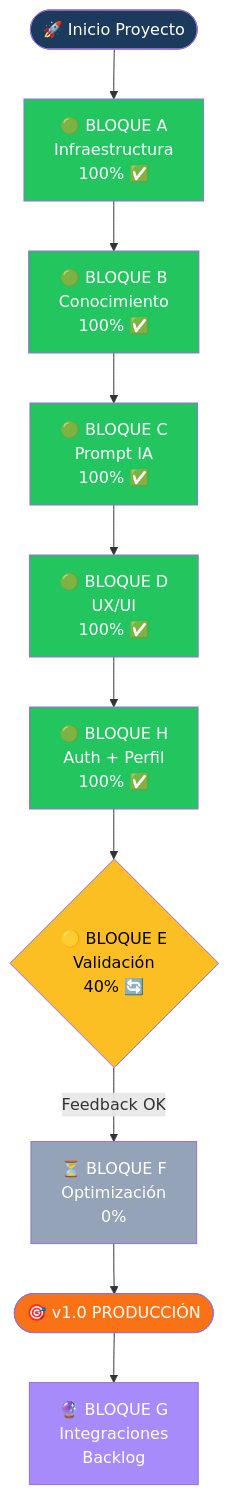
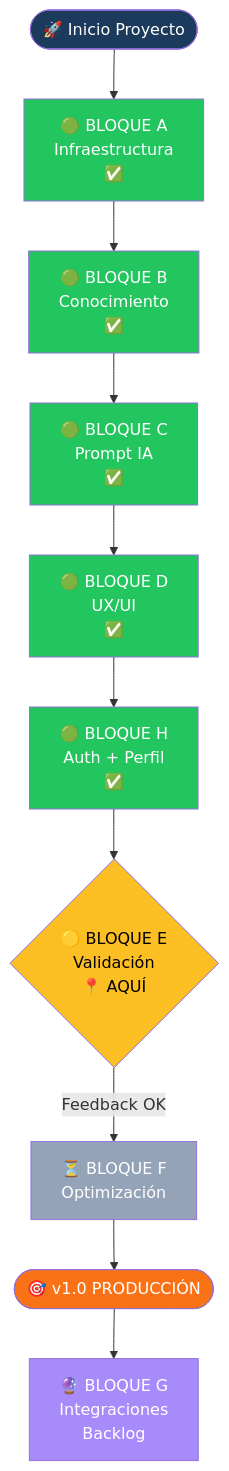
The second of 13 diagrams in ROADMAP.md (JnSbstnRivera/WINDMAR-AI-AGENT), drawn with Mermaid before and after one commit. The commit also changed other lines of this file, not shown here.

````diff
--- a/ROADMAP.md
+++ b/ROADMAP.md
@@ -48,24 +48,24 @@
 ```mermaid
 flowchart TD
     Start([🚀 Inicio Proyecto]) --> A
-    A[🟢 BLOQUE A<br/>Infraestructura<br/>100% ✅]
-    A --> B[🟢 BLOQUE B<br/>Conocimiento<br/>100% ✅]
-    B --> C[🟢 BLOQUE C<br/>Prompt IA<br/>100% ✅]
-    C --> D[🟢 BLOQUE D<br/>UX/UI<br/>100% ✅]
-    D --> H[🟢 BLOQUE H<br/>Auth + Perfil<br/>100% ✅]
-    H --> E{🟡 BLOQUE E<br/>Validación<br/>40% 🔄}
-    E -->|Feedback OK| F[⏳ BLOQUE F<br/>Optimización<br/>0%]
+    A[🟢 BLOQUE A<br/>Infraestructura<br/>✅]
+    A --> B[🟢 BLOQUE B<br/>Conocimiento<br/>✅]
+    B --> C[🟢 BLOQUE C<br/>Prompt IA<br/>✅]
+    C --> D[🟢 BLOQUE D<br/>UX/UI<br/>✅]
+    D --> H[🟢 BLOQUE H<br/>Auth + Perfil<br/>✅]
+    H --> E{🟡 BLOQUE E<br/>Validación<br/>📍 AQUÍ}
+    E -->|Feedback OK| F[⏳ BLOQUE F<br/>Optimización]
     F --> V1([🎯 v1.0 PRODUCCIÓN])
     V1 --> G[🔮 BLOQUE G<br/>Integraciones<br/>Backlog]
 
     style A fill:#22c55e,color:#fff
     style B fill:#22c55e,color:#fff
     style C fill:#22c55e,color:#fff
     style D fill:#22c55e,color:#fff
     style H fill:#22c55e,color:#fff
     style E fill:#fbbf24,color:#000
     style F fill:#94a3b8,color:#fff
     style G fill:#a78bfa,color:#fff
     style V1 fill:#f97316,color:#fff
     style Start fill:#1B3A5C,color:#fff
 ```
````
